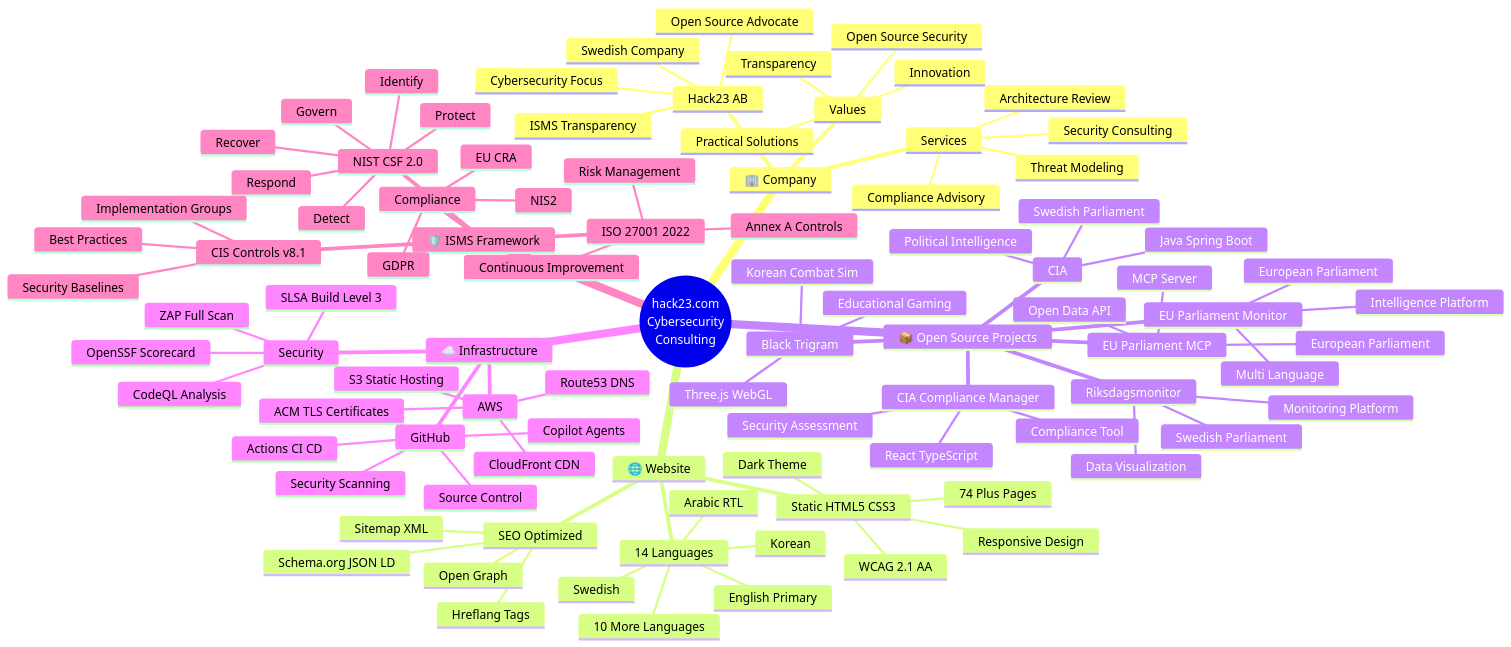
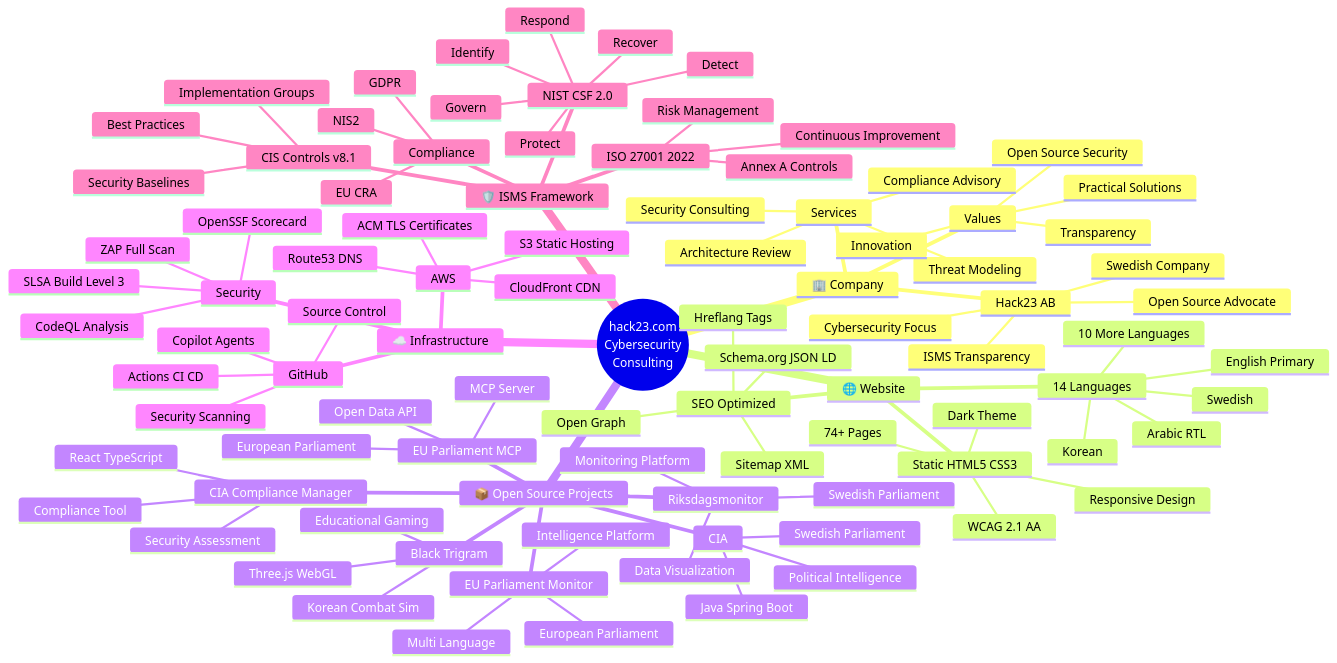
One commit to Hack23/homepage changed the first of 3 diagrams in MINDMAP.md. Above: the diagram before and after it, drawn with Mermaid. The commit also changed other lines of this file and 11 other files, not shown here.

```diff
--- a/MINDMAP.md
+++ b/MINDMAP.md
@@ -61,7 +61,7 @@
         Innovation
     🌐 Website
       Static HTML5 CSS3
-        74 Plus Pages
+        74+ Pages
         Responsive Design
         WCAG 2.1 AA
         Dark Theme
```
